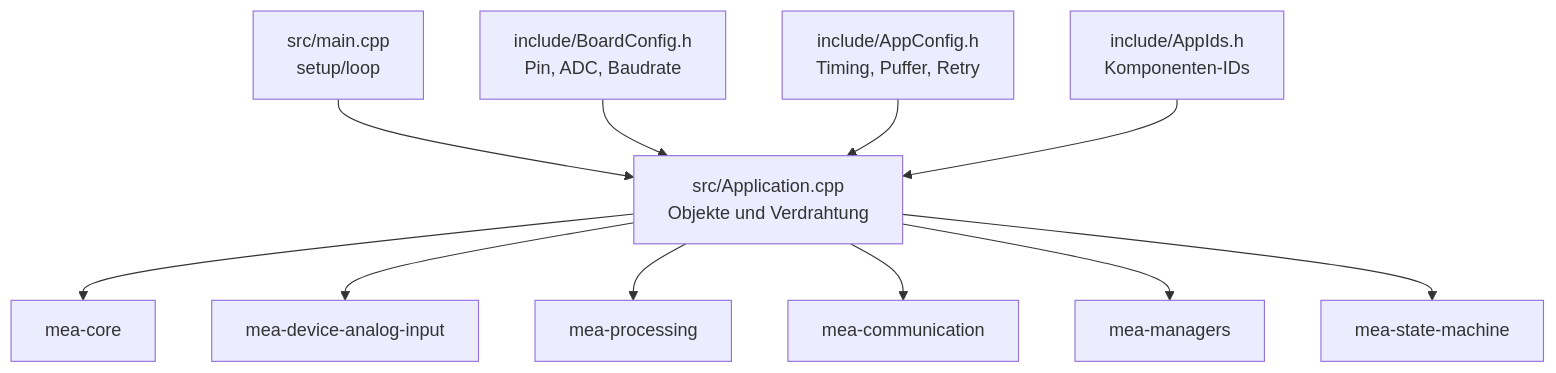
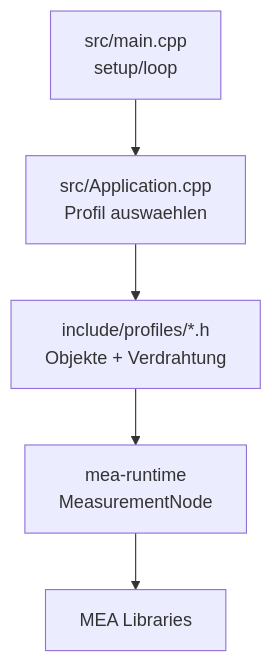
Before and after one commit to MROutake/MEA-: the first of 4 diagrams in repositories/mea-demo-firmware/README.md, drawn with Mermaid. The commit also changed other lines of this file and 86 other files, not shown here.

Commit message:
docs: align workspace with modular target architecture

````diff
--- a/repositories/mea-demo-firmware/README.md
+++ b/repositories/mea-demo-firmware/README.md
@@ -18,25 +23,10 @@
 ```mermaid
 flowchart TD
     Main[src/main.cpp<br/>setup/loop]
-    App[src/Application.cpp<br/>Objekte und Verdrahtung]
-    Board[include/BoardConfig.h<br/>Pin, ADC, Baudrate]
-    Config[include/AppConfig.h<br/>Timing, Puffer, Retry]
-    Ids[include/AppIds.h<br/>Komponenten-IDs]
-    Core[mea-core]
-    Device[mea-device-analog-input]
-    Processing[mea-processing]
-    Communication[mea-communication]
-    Managers[mea-managers]
-    State[mea-state-machine]
+    App[src/Application.cpp<br/>Profil auswaehlen]
+    Profile[include/profiles/*.h<br/>Objekte + Verdrahtung]
+    Node[mea-runtime<br/>MeasurementNode]
+    Libs[MEA Libraries]
 
-    Main --> App
-    Board --> App
-    Config --> App
-    Ids --> App
-    App --> Core
-    App --> Device
-    App --> Processing
-    App --> Communication
-    App --> Managers
-    App --> State
+    Main --> App --> Profile --> Node --> Libs
 ```
````
